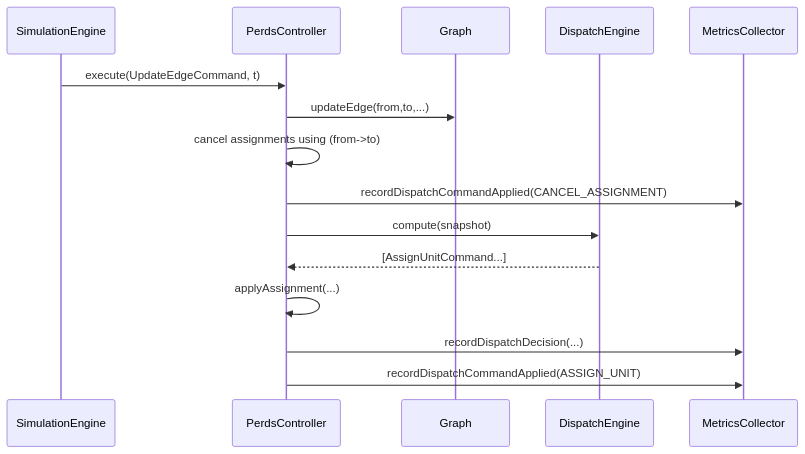
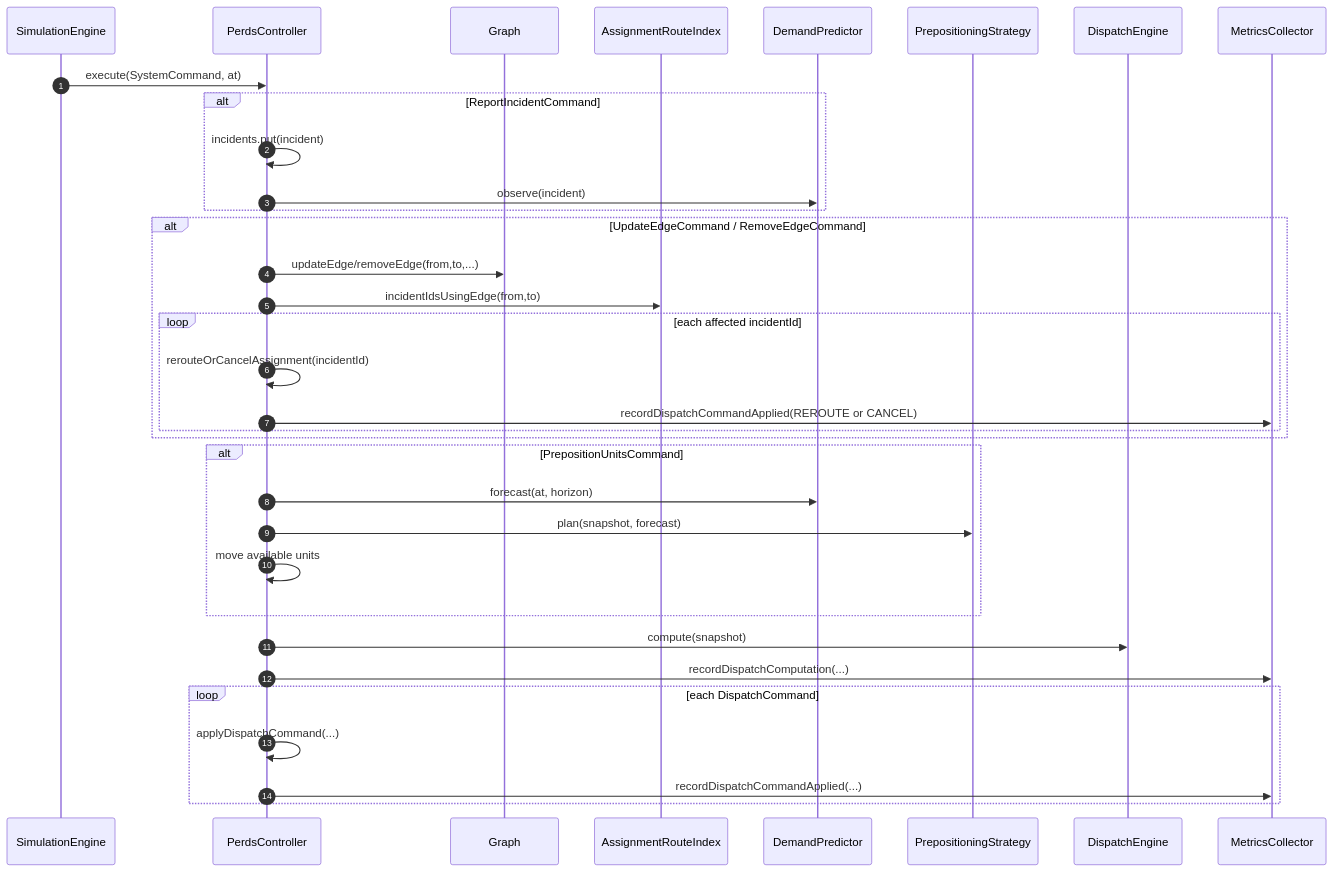
The third of 6 diagrams in docs/diagrams/README.md (umar-i/cps5001), drawn with Mermaid before and after one commit. The commit also changed other lines of this file and 4 other files, not shown here.

First line of the commit message:
docs: add current rendered diagrams

````diff
--- a/docs/diagrams/README.md
+++ b/docs/diagrams/README.md
@@ -126,18 +183,41 @@
 ```mermaid
 sequenceDiagram
+    autonumber
     participant Sim as SimulationEngine
     participant Ctrl as PerdsController
     participant G as Graph
-    participant D as DispatchEngine
-    participant M as MetricsCollector
+    participant Index as AssignmentRouteIndex
+    participant Pred as DemandPredictor
+    participant Pre as PrepositioningStrategy
+    participant Eng as DispatchEngine
+    participant Metrics as MetricsCollector
 
-    Sim->>Ctrl: execute(UpdateEdgeCommand, t)
-    Ctrl->>G: updateEdge(from,to,...)
-    Ctrl->>Ctrl: cancel assignments using (from->to)
-    Ctrl->>M: recordDispatchCommandApplied(CANCEL_ASSIGNMENT)
-    Ctrl->>D: compute(snapshot)
-    D-->>Ctrl: [AssignUnitCommand...]
-    Ctrl->>Ctrl: applyAssignment(...)
-    Ctrl->>M: recordDispatchDecision(...)
-    Ctrl->>M: recordDispatchCommandApplied(ASSIGN_UNIT)
+    Sim->>Ctrl: execute(SystemCommand, at)
+
+    alt ReportIncidentCommand
+        Ctrl->>Ctrl: incidents.put(incident)
+        Ctrl->>Pred: observe(incident)
+    end
+
+    alt UpdateEdgeCommand / RemoveEdgeCommand
+        Ctrl->>G: updateEdge/removeEdge(from,to,...)
+        Ctrl->>Index: incidentIdsUsingEdge(from,to)
+        loop each affected incidentId
+            Ctrl->>Ctrl: rerouteOrCancelAssignment(incidentId)
+            Ctrl->>Metrics: recordDispatchCommandApplied(REROUTE or CANCEL)
+        end
+    end
+
+    alt PrepositionUnitsCommand
+        Ctrl->>Pred: forecast(at, horizon)
+        Ctrl->>Pre: plan(snapshot, forecast)
+        Ctrl->>Ctrl: move available units
+    end
+
+    Ctrl->>Eng: compute(snapshot)
+    Ctrl->>Metrics: recordDispatchComputation(...)
+    loop each DispatchCommand
+        Ctrl->>Ctrl: applyDispatchCommand(...)
+        Ctrl->>Metrics: recordDispatchCommandApplied(...)
+    end
 ```
````
